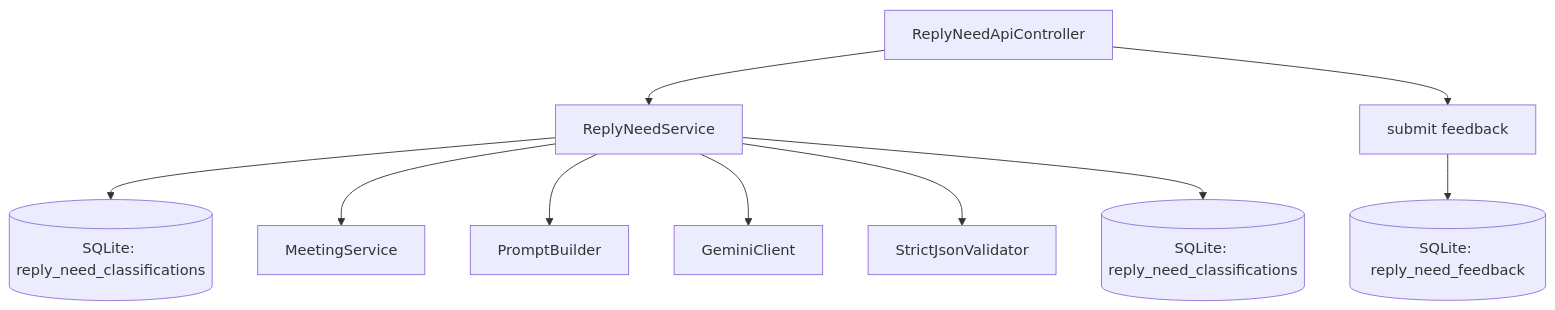
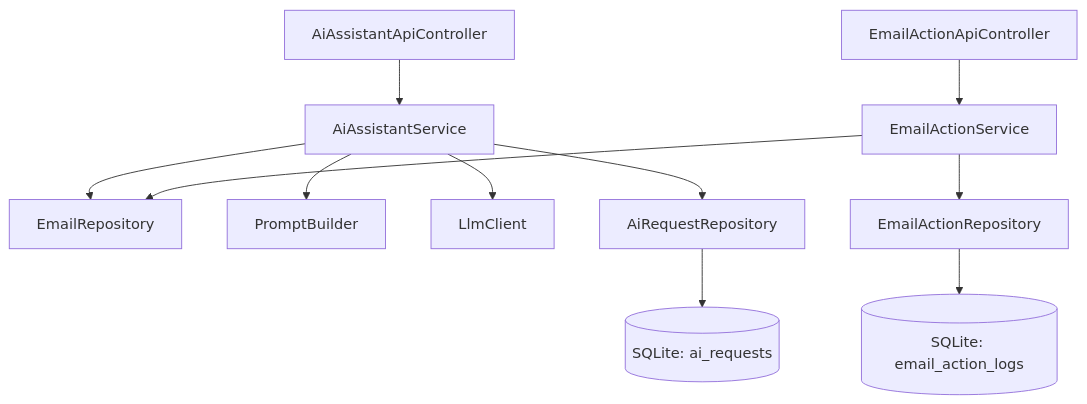
One commit to XunSong02/OutlookPlus changed diagram 15 of 20 in backend/backend_specification_Modules.md. Above: the diagram before and after it, drawn with Mermaid. The commit also changed other lines of this file and 159 other files, not shown here.

````diff
--- a/backend/backend_specification_Modules.md
+++ b/backend/backend_specification_Modules.md
@@ -1053,12 +1117,13 @@
 ```mermaid
 flowchart TB
-	API[ReplyNeedApiController] --> Svc[ReplyNeedService]
-	Svc --> Cache[(SQLite: reply_need_classifications)]
-	Svc --> Meet[MeetingService]
-	Svc --> Prompt[PromptBuilder]
-	Svc --> Gemini[GeminiClient]
-	Svc --> Validate[StrictJsonValidator]
-	Svc --> Store[(SQLite: reply_need_classifications)]
-	API --> FB[submit feedback]
-	FB --> FBStore[(SQLite: reply_need_feedback)]
+	API[AiAssistantApiController] --> AiSvc[AiAssistantService]
+	API2[EmailActionApiController] --> ActSvc[EmailActionService]
+	AiSvc --> EmailRepo[EmailRepository]
+	AiSvc --> Prompt[PromptBuilder]
+	AiSvc --> LLM[LlmClient]
+	AiSvc --> ReqRepo[AiRequestRepository]
+	ReqRepo --> ReqDB[(SQLite: ai_requests)]
+	ActSvc --> EmailRepo
+	ActSvc --> ActRepo[EmailActionRepository]
+	ActRepo --> ActDB[(SQLite: email_action_logs)]
 ```
````
